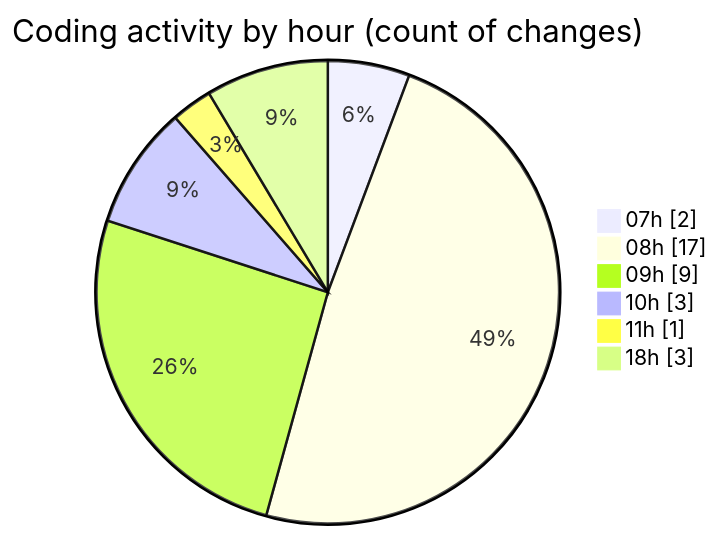
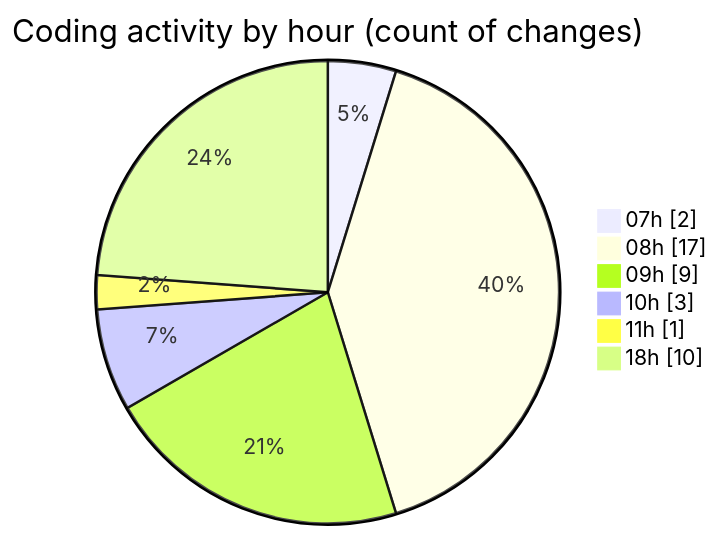
One commit to robertbonfada/code-tracking changed the second of 2 diagrams in 2025-03-11/termonied_testador/README.md. Above: the diagram before and after it, drawn with Mermaid. The commit also changed other lines of this file and 1 other file, not shown here.

````diff
--- a/2025-03-11/termonied_testador/README.md
+++ b/2025-03-11/termonied_testador/README.md
@@ -38,10 +38,10 @@
 ```mermaid
 pie showData
 title Coding activity by hour (count of changes)
 "07h" : 2
 "08h" : 17
 "09h" : 9
 "10h" : 3
 "11h" : 1
-"18h" : 3
+"18h" : 10
 ```
````
